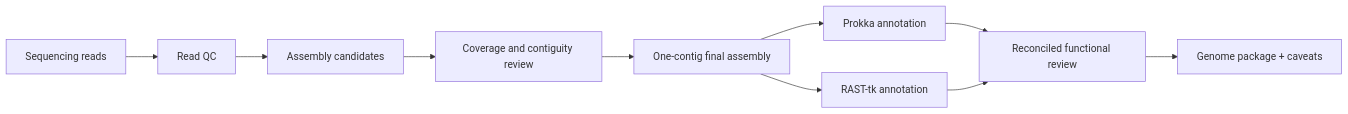
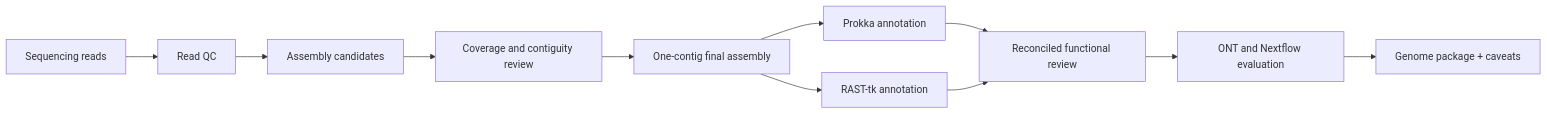
The diagram in _projects/phage-assembly-and-annotation.md (Bruce-BC/bruce-bc.github.io), drawn with Mermaid before and after one commit. The commit also changed other lines of this file and 19 other files, not shown here.

````diff
--- a/_projects/phage-assembly-and-annotation.md
+++ b/_projects/phage-assembly-and-annotation.md
@@ -20,12 +22,14 @@
 ```mermaid
 flowchart LR
-    A[Sequencing reads] --> B[Read QC]
-    B --> C[Assembly candidates]
-    C --> D[Coverage and contiguity review]
-    D --> E[One-contig final assembly]
-    E --> F[Prokka annotation]
-    E --> G[RAST-tk annotation]
-    F --> H[Reconciled functional review]
-    G --> H
-    H --> I[Genome package + caveats]
+    sequencing_reads[Sequencing reads] --> read_qc[Read QC]
+    read_qc --> assembly_candidates[Assembly candidates]
+    assembly_candidates --> coverage_contiguity_review[Coverage and contiguity review]
+    coverage_contiguity_review --> one_contig_final_assembly[One-contig final assembly]
+    one_contig_final_assembly --> prokka_annotation[Prokka annotation]
+    one_contig_final_assembly --> rast_tk_annotation[RAST-tk annotation]
+    prokka_annotation --> reconciled_functional_review[Reconciled functional review]
+    rast_tk_annotation --> reconciled_functional_review
+    reconciled_functional_review --> portable_workflow_evaluation[ONT and Nextflow evaluation]
+    portable_workflow_evaluation --> genome_package_caveats[Genome package + caveats]
+    class read_qc,assembly_candidates,one_contig_final_assembly,prokka_annotation,rast_tk_annotation,reconciled_functional_review,portable_workflow_evaluation project-tool-node
 ```
````
